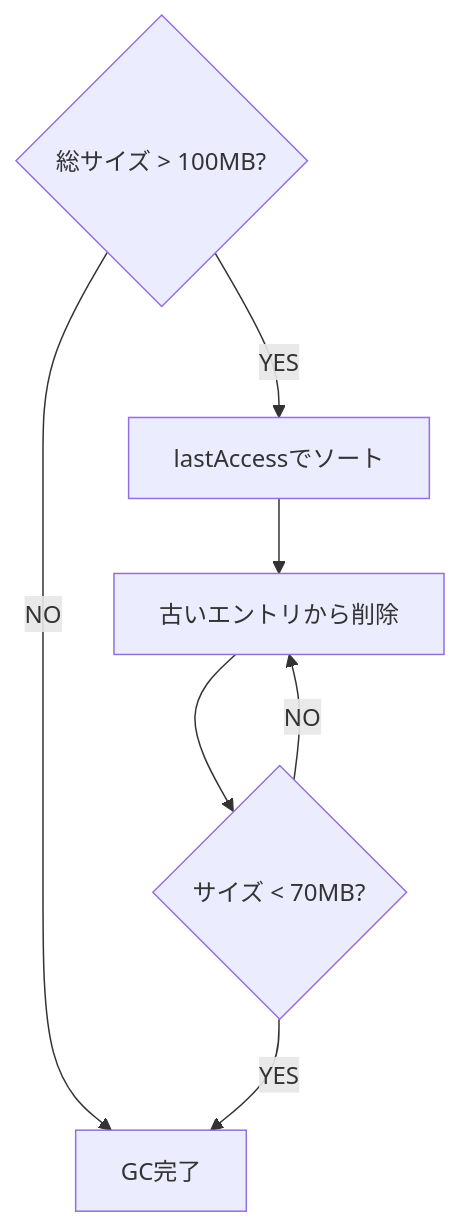
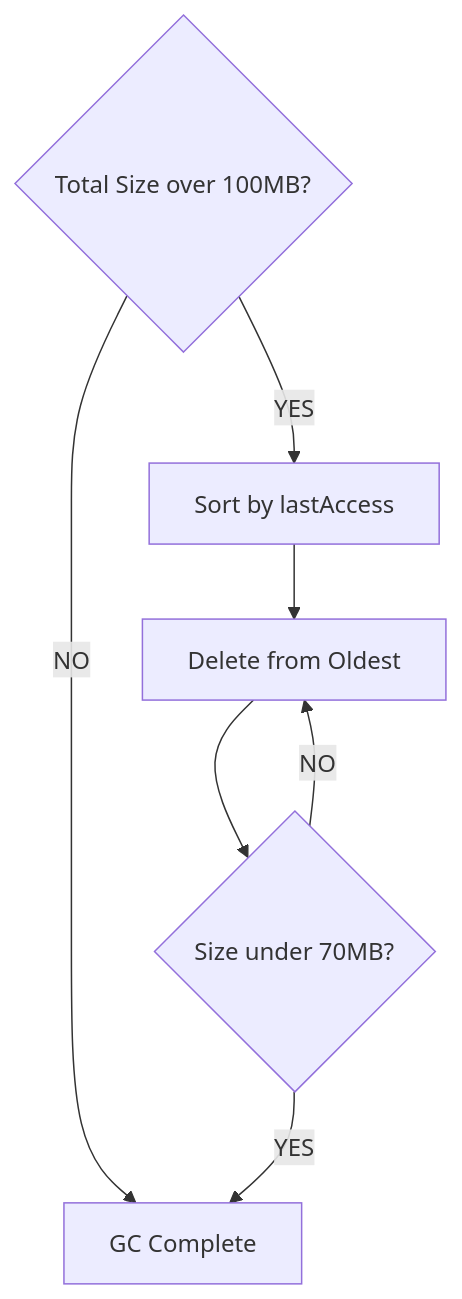
Before and after one commit to Stasshe/Pyxis-CodeCanvas: the sixth of 12 diagrams in docs/NODE-RUNTIME.md, drawn with Mermaid. The commit also changed other lines of this file, not shown here.

````diff
--- a/docs/NODE-RUNTIME.md
+++ b/docs/NODE-RUNTIME.md
@@ -419,15 +438,15 @@
 ```mermaid
 graph TB
-    Check{総サイズ > 100MB?}
-    Sort[lastAccessでソート]
-    Delete[古いエントリから削除]
-    Target{サイズ < 70MB?}
-    Complete[GC完了]
+    Check{Total Size over 100MB?}
+    Sort[Sort by lastAccess]
+    Delete[Delete from Oldest]
+    Target{Size under 70MB?}
+    Complete[GC Complete]
     
     Check -->|YES| Sort
     Check -->|NO| Complete
     Sort --> Delete
     Delete --> Target
     Target -->|NO| Delete
     Target -->|YES| Complete
 ```
````
